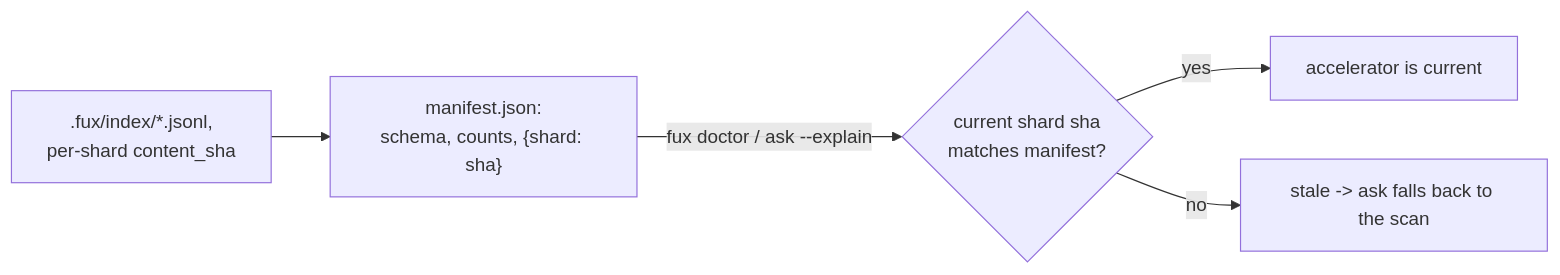
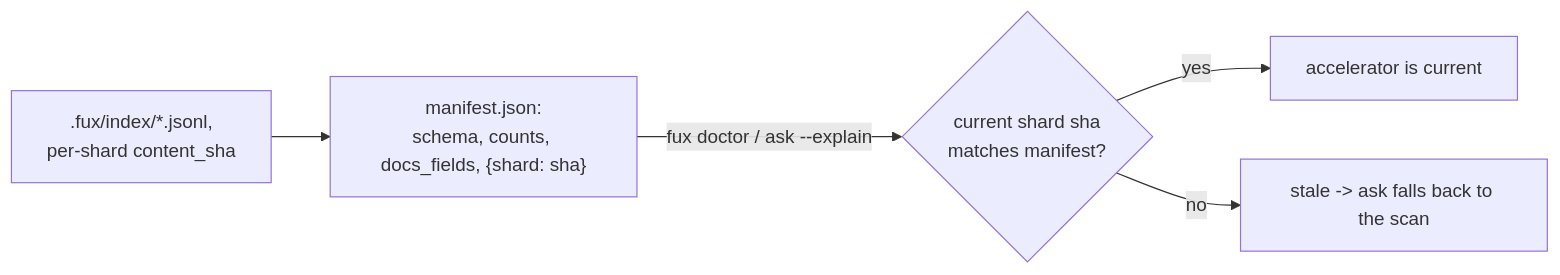
Before and after one commit to arpitarya/fux: the diagram in docs/adr/0026_runtime-manifest.md, drawn with Mermaid. The commit also changed other lines of this file and 442 other files, not shown here.

````diff
--- a/docs/adr/0026_runtime-manifest.md
+++ b/docs/adr/0026_runtime-manifest.md
@@ -39,7 +29,7 @@
 ```mermaid
 flowchart LR
-    A[".fux/index/*.jsonl,<br/>per-shard content_sha"] --> B["manifest.json:<br/>schema, counts, {shard: sha}"]
+    A[".fux/index/*.jsonl,<br/>per-shard content_sha"] --> B["manifest.json:<br/>schema, counts, docs_fields, {shard: sha}"]
     B -->|"fux doctor / ask --explain"| C{"current shard sha<br/>matches manifest?"}
     C -->|yes| D["accelerator is current"]
     C -->|no| E["stale -> ask falls back to the scan"]
 ```
````
